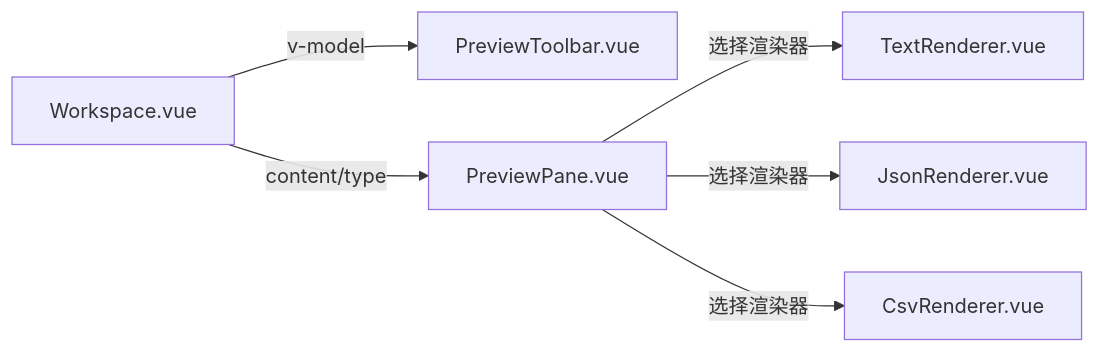
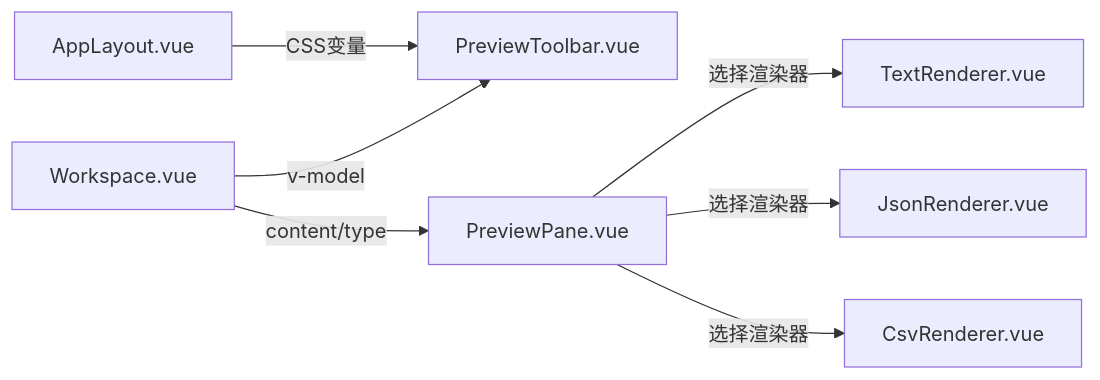
One commit to taoweidong/Hello-Tauri changed the sixth of 6 diagrams in .qoder/repowiki/zh/content/架构设计/组件层次结构/工作区组件/预览工具栏组件.md. Above: the diagram before and after it, drawn with Mermaid. The commit also changed other lines of this file and 14 other files, not shown here.

````diff
--- a/.qoder/repowiki/zh/content/架构设计/组件层次结构/工作区组件/预览工具栏组件.md
+++ b/.qoder/repowiki/zh/content/架构设计/组件层次结构/工作区组件/预览工具栏组件.md
@@ -252,8 +324,9 @@
 ```mermaid
 graph LR
 W["Workspace.vue"] -- "v-model" --> T["PreviewToolbar.vue"]
 W -- "content/type" --> P["PreviewPane.vue"]
 P -- "选择渲染器" --> TR["TextRenderer.vue"]
 P -- "选择渲染器" --> JR["JsonRenderer.vue"]
 P -- "选择渲染器" --> CR["CsvRenderer.vue"]
+AL["AppLayout.vue"] -- "CSS变量" --> T
 ```
````
